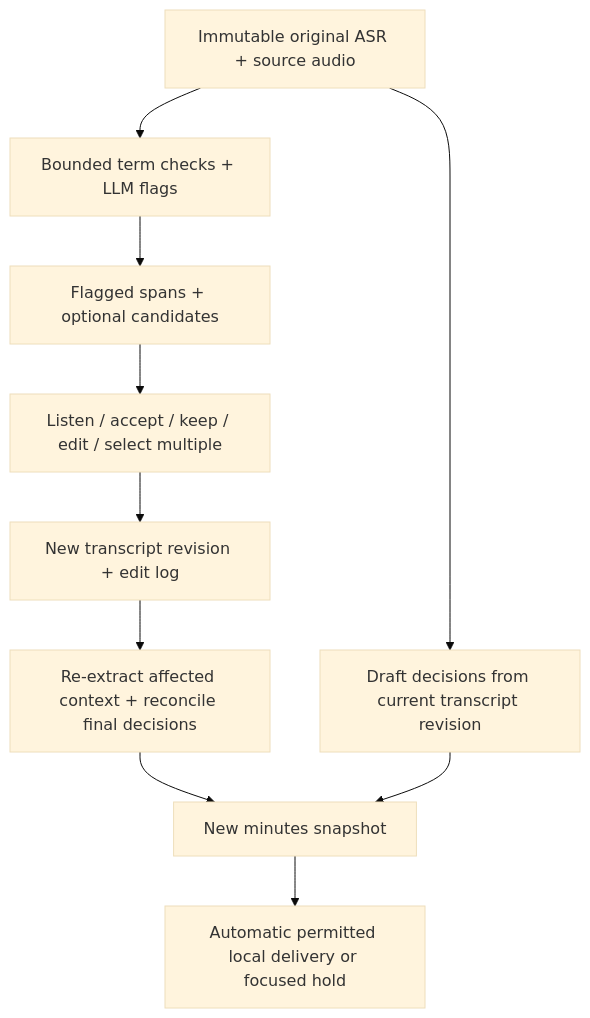
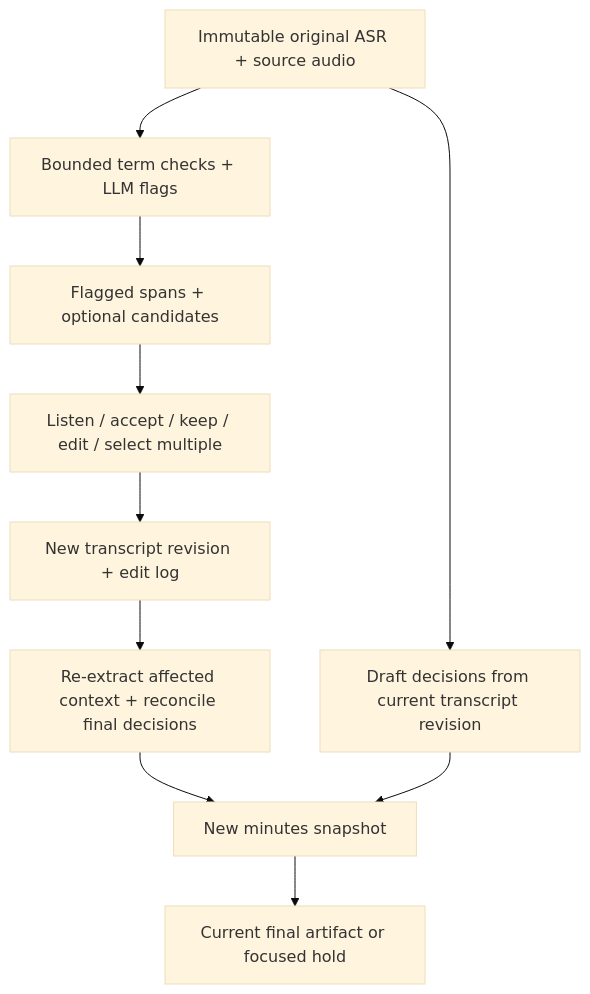
Before and after one commit to Horalix/gigahack_2026: the diagram in hackathon/07-transcript-review.md, drawn with Mermaid (base theme). The commit also changed other lines of this file and 32 other files, not shown here.

````diff
--- a/hackathon/07-transcript-review.md
+++ b/hackathon/07-transcript-review.md
@@ -38,12 +38,12 @@
 ```mermaid
 flowchart TD
     ASR[Immutable original ASR + source audio] --> FIND[Bounded term checks + LLM flags]
     ASR --> DRAFT[Draft decisions from current transcript revision]
     FIND --> QUEUE[Flagged spans + optional candidates]
     QUEUE --> HUMAN[Listen / accept / keep / edit / select multiple]
     HUMAN --> REV[New transcript revision + edit log]
     REV --> RECHECK[Re-extract affected context + reconcile final decisions]
     RECHECK --> MOM[New minutes snapshot]
     DRAFT --> MOM
-    MOM --> SEND[Automatic permitted local delivery or focused hold]
+    MOM --> FILE[Current final artifact or focused hold]
 ```
````
